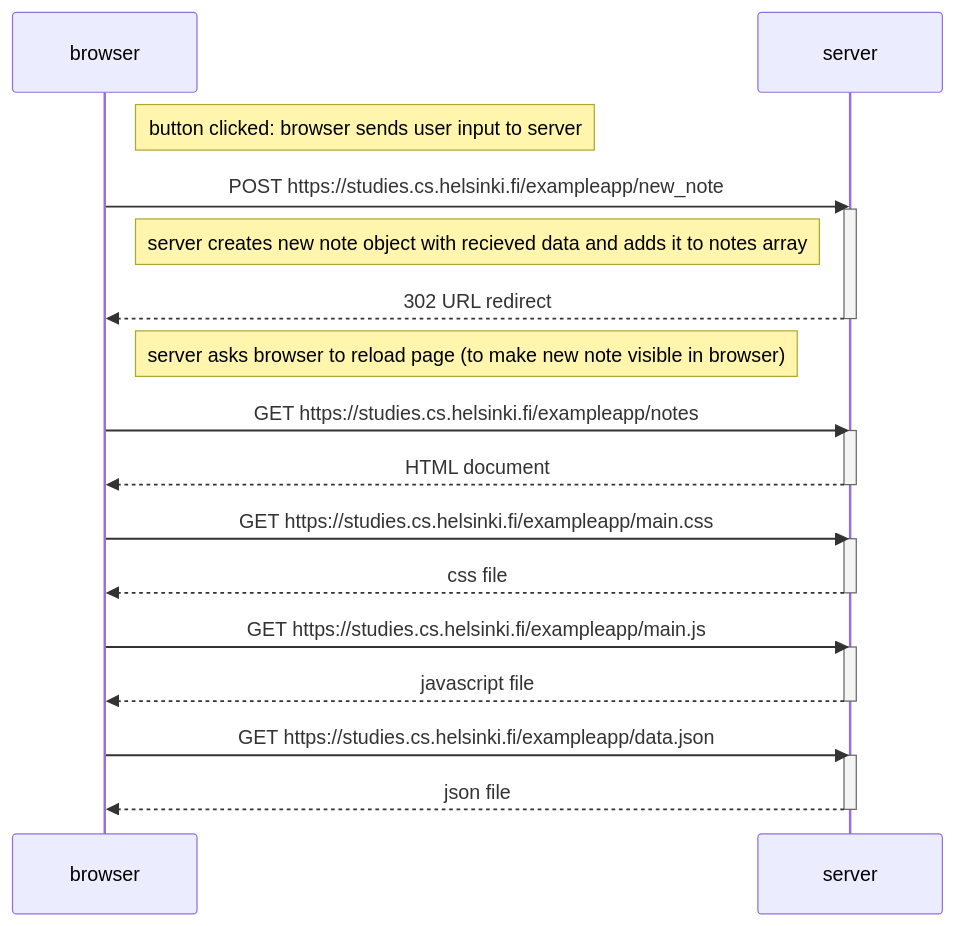
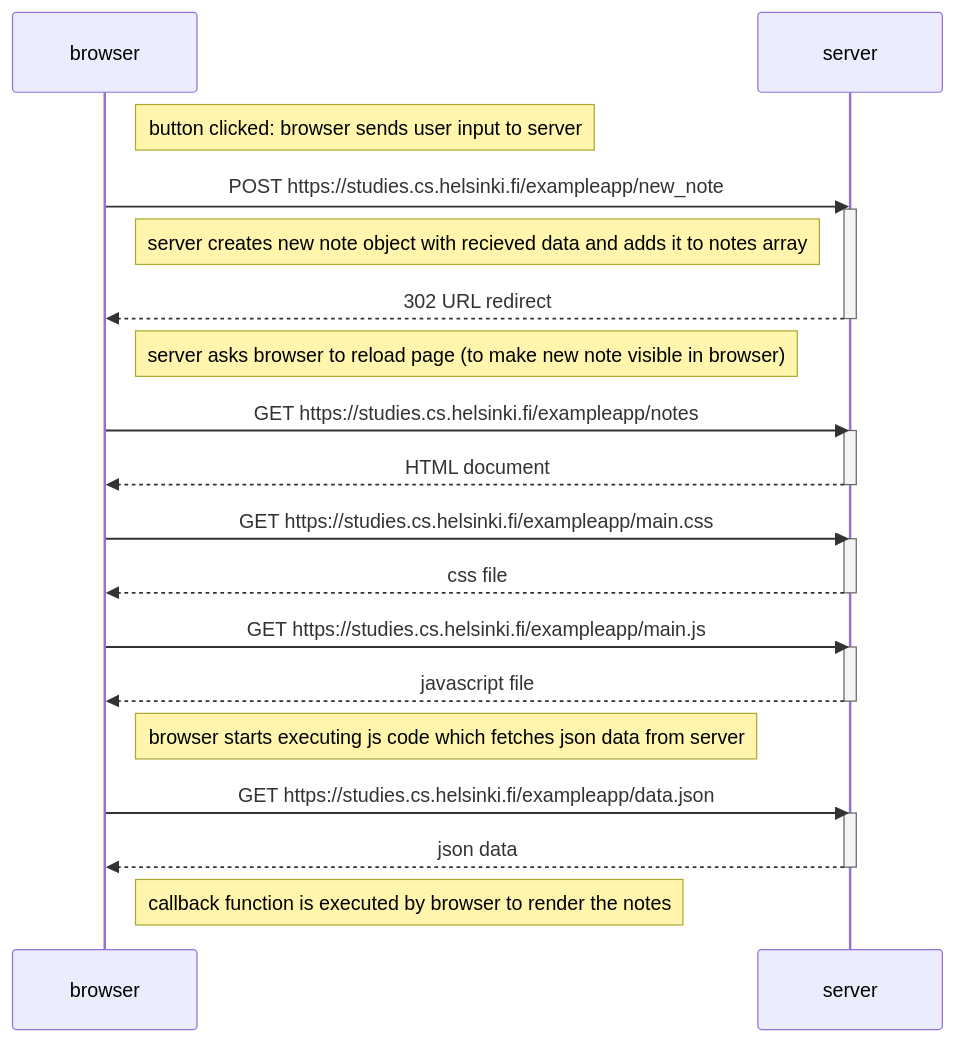
Before and after one commit to comdyax/full-stack-open: the diagram in part0/0-4_NewNoteDiagram.md, drawn with Mermaid.

Commit message:
0-4_NewNoteDiagram.md

````diff
--- a/part0/0-4_NewNoteDiagram.md
+++ b/part0/0-4_NewNoteDiagram.md
@@ -7,34 +7,36 @@
 ```mermaid
 sequenceDiagram
   participant browser
   participant server
 
   Note right of browser: button clicked: browser sends user input to server
   browser->>server: POST 	https://studies.cs.helsinki.fi/exampleapp/new_note
   activate server
   Note left of server: server creates new note object with recieved data and adds it to notes array
   server-->>browser: 302 URL redirect
   deactivate server
   Note right of browser: server asks browser to reload page (to make new note visible in browser)
 
   browser->>server: GET https://studies.cs.helsinki.fi/exampleapp/notes
   activate server
   server-->>browser: HTML document
   deactivate server
 
   browser->>server: GET https://studies.cs.helsinki.fi/exampleapp/main.css
   activate server
   server-->>browser: css file
   deactivate server
 
   browser->>server: GET https://studies.cs.helsinki.fi/exampleapp/main.js
   activate server
   server-->>browser: javascript file
   deactivate server
+  Note right of browser: browser starts executing js code which fetches json data from server
 
   browser->>server: GET https://studies.cs.helsinki.fi/exampleapp/data.json
   activate server
-  server-->>browser: json file
+  server-->>browser: json data
   deactivate server
+  Note right of browser: callback function is executed by browser to render the notes
 
 ```
````
